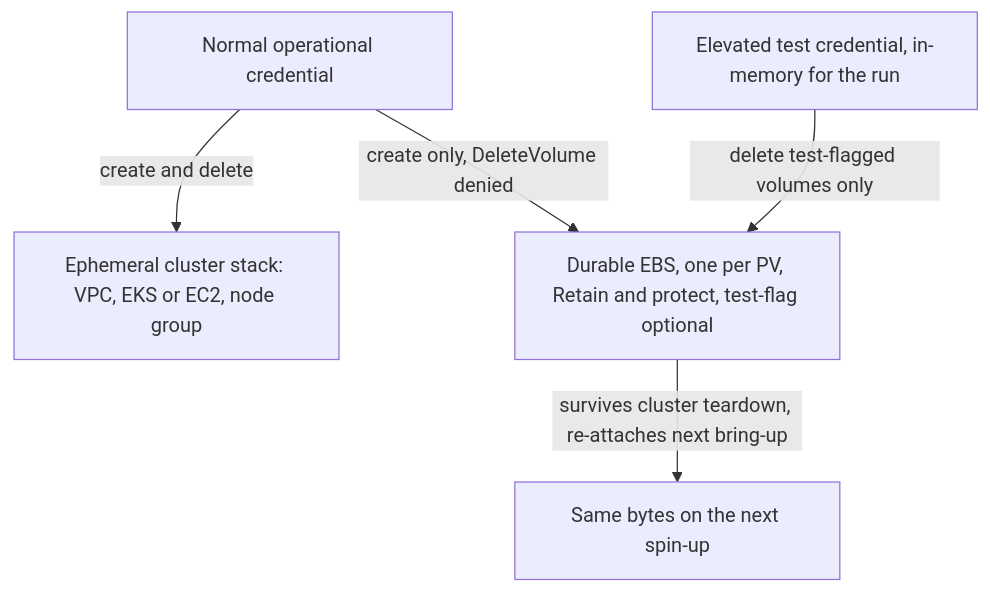
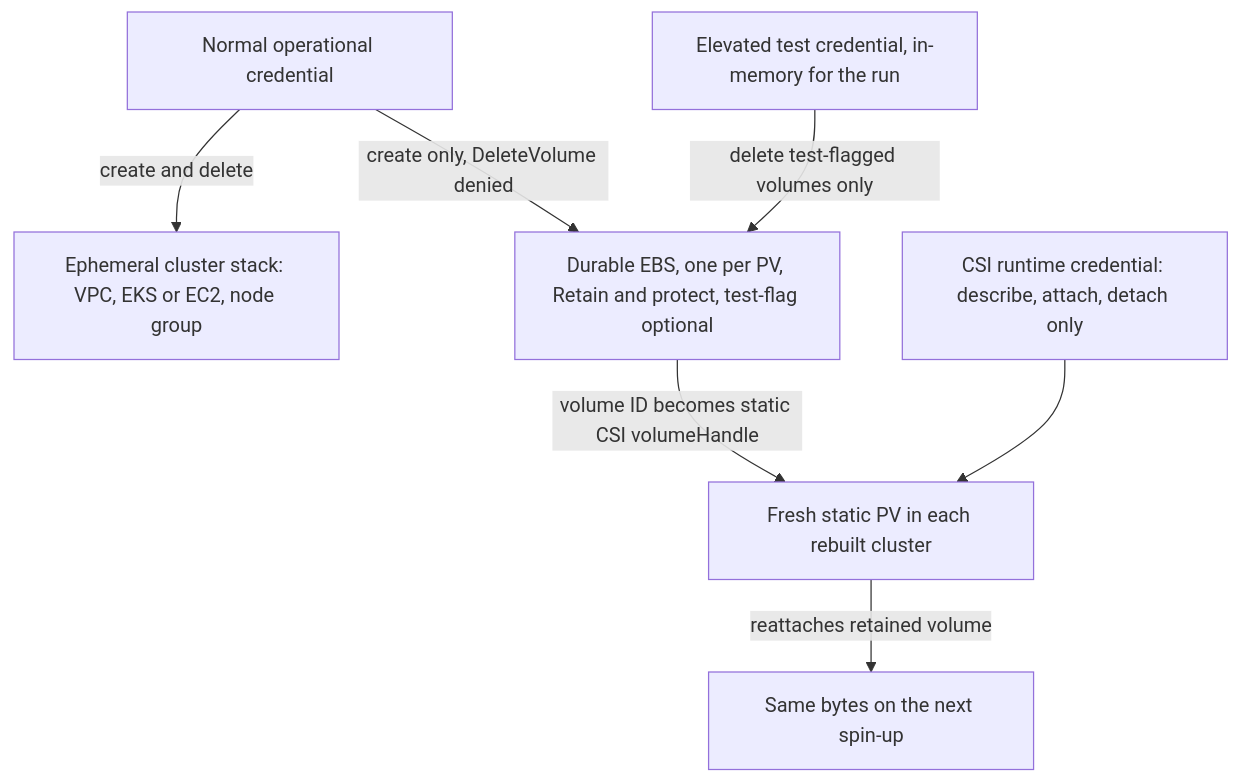
Before and after one commit to Tuee22/amoebius: the second of 2 diagrams in documents/engineering/pulumi_iac_doctrine.md, drawn with Mermaid. The commit also changed other lines of this file and 26 other files, not shown here.

````diff
--- a/documents/engineering/pulumi_iac_doctrine.md
+++ b/documents/engineering/pulumi_iac_doctrine.md
@@ -367,7 +388,9 @@
 ```mermaid
 flowchart TD
   normal[Normal operational credential] -->|create and delete| ephemeral[Ephemeral cluster stack: VPC, EKS or EC2, node group]
   normal -->|create only, DeleteVolume denied| durable[Durable EBS, one per PV, Retain and protect, test-flag optional]
+  durable -->|volume ID becomes static CSI volumeHandle| staticpv[Fresh static PV in each rebuilt cluster]
+  attach[CSI runtime credential: describe, attach, detach only] --> staticpv
   elevated[Elevated test credential, in-memory for the run] -->|delete test-flagged volumes only| durable
-  durable -->|survives cluster teardown, re-attaches next bring-up| rebind[Same bytes on the next spin-up]
+  staticpv -->|reattaches retained volume| rebind[Same bytes on the next spin-up]
 ```
````
